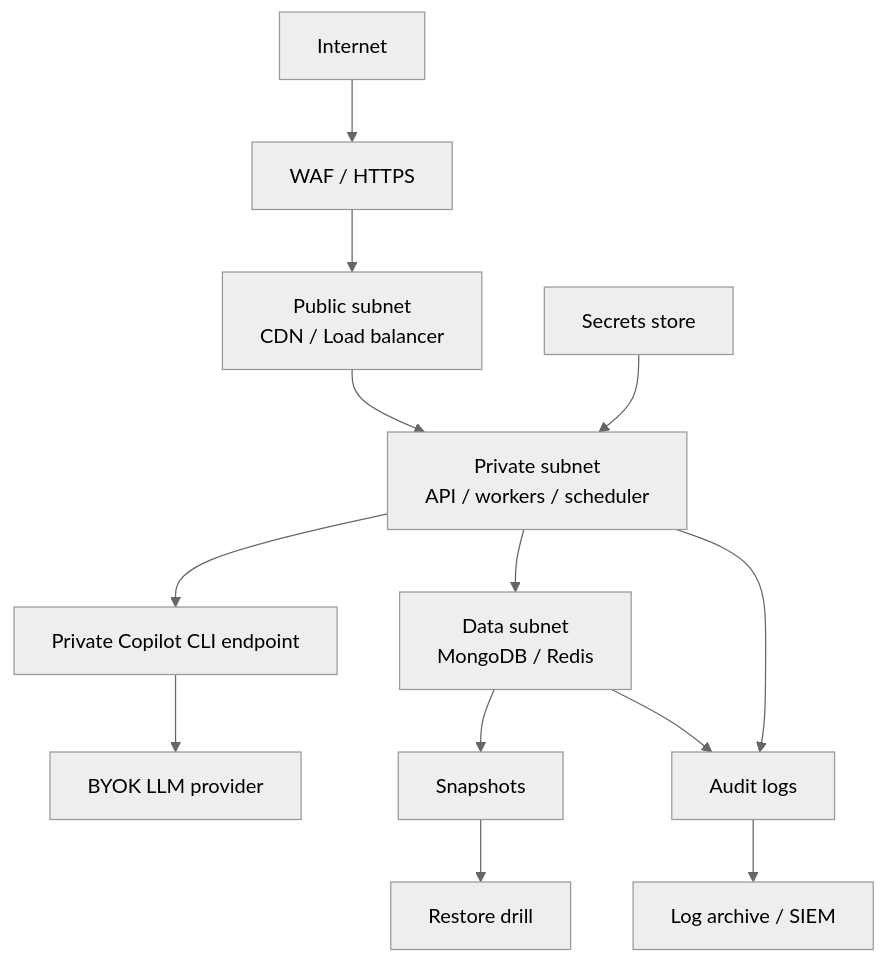
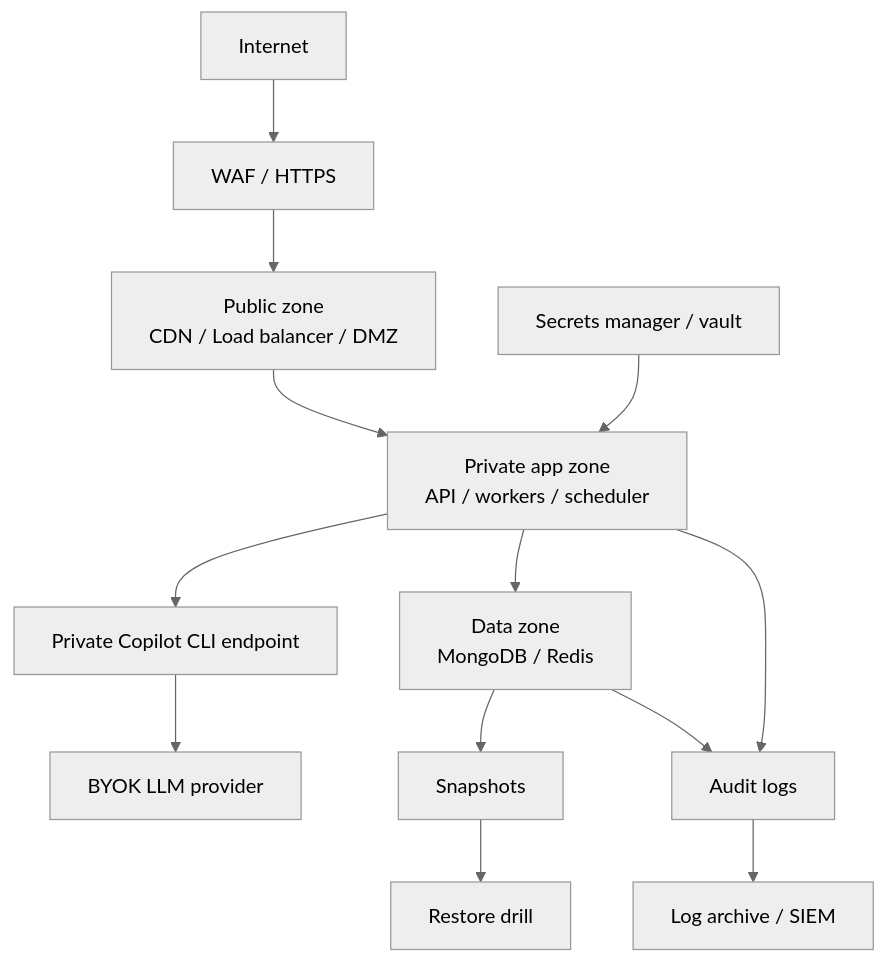
Before and after one commit to chunkai1312/temp: diagram 13 of 16 in production-resource-architecture-proposal.md, drawn with Mermaid (neutral theme). The commit also changed other lines of this file, not shown here.

````diff
--- a/production-resource-architecture-proposal.md
+++ b/production-resource-architecture-proposal.md
@@ -594,15 +559,15 @@
 ```mermaid
 flowchart TB
   INTERNET["Internet"] --> WAF["WAF / HTTPS"]
-  WAF --> PUBLIC["Public subnet\nCDN / Load balancer"]
-  PUBLIC --> PRIVATE["Private subnet\nAPI / workers / scheduler"]
+  WAF --> PUBLIC["Public zone\nCDN / Load balancer / DMZ"]
+  PUBLIC --> PRIVATE["Private app zone\nAPI / workers / scheduler"]
   PRIVATE --> CLI["Private Copilot CLI endpoint"]
-  PRIVATE --> DATA["Data subnet\nMongoDB / Redis"]
+  PRIVATE --> DATA["Data zone\nMongoDB / Redis"]
   CLI --> LLM["BYOK LLM provider"]
-  SECRETS["Secrets store"] --> PRIVATE
+  SECRETS["Secrets manager / vault"] --> PRIVATE
   DATA --> SNAP["Snapshots"]
   SNAP --> RESTORE["Restore drill"]
   AUDIT["Audit logs"] --> SIEM["Log archive / SIEM"]
   PRIVATE --> AUDIT
   DATA --> AUDIT
 ```
````
